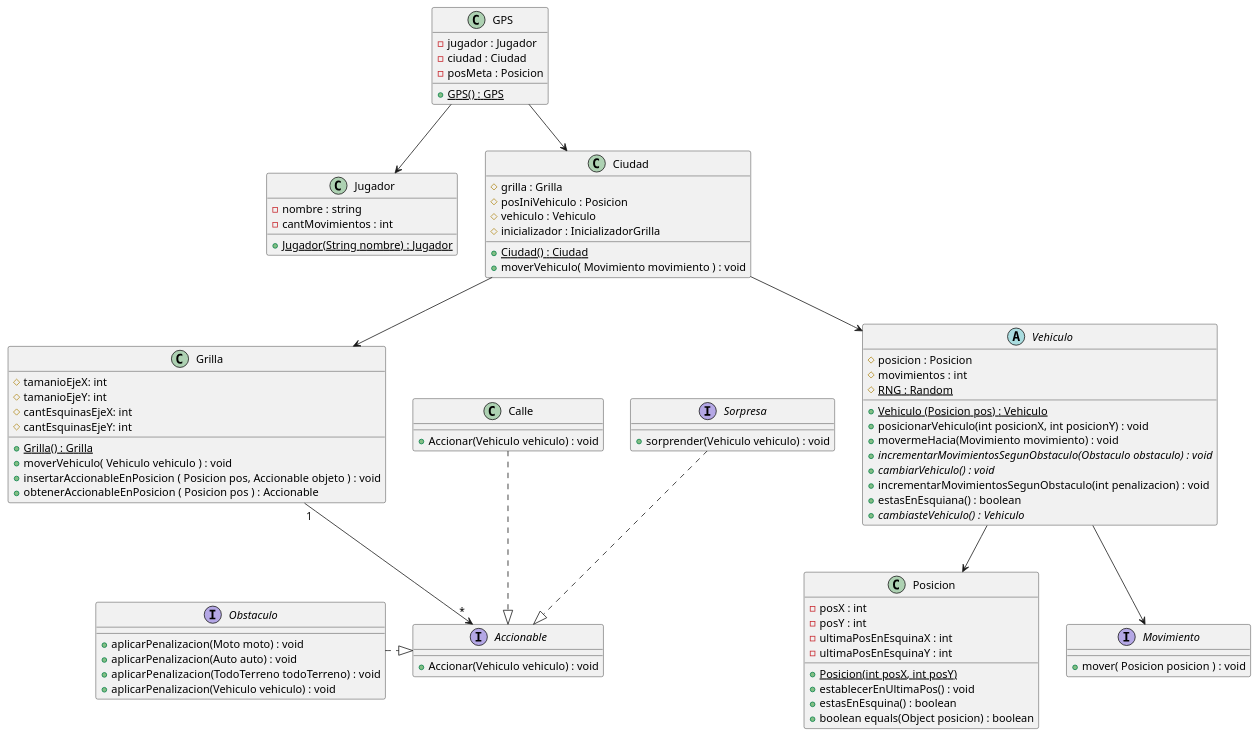
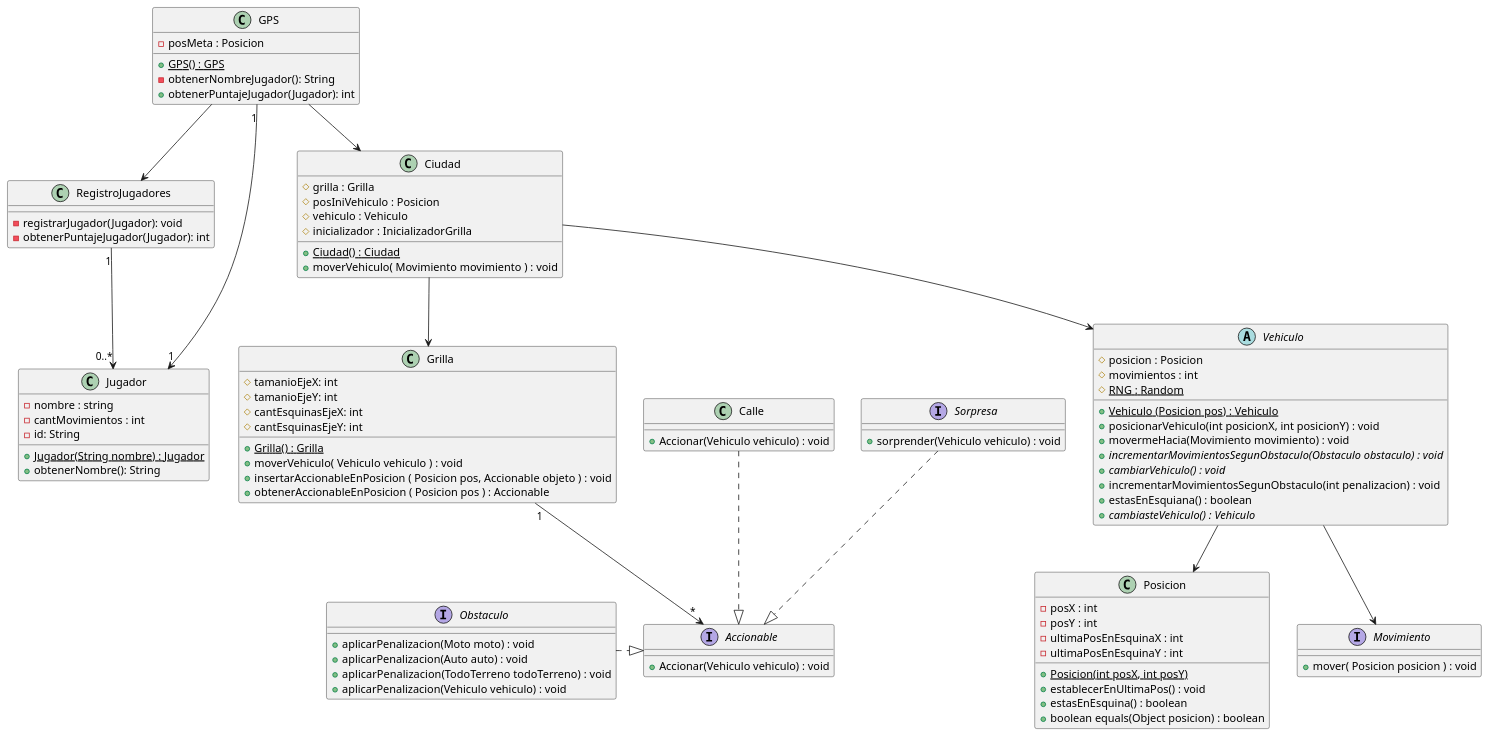
Before and after one commit to kikiymini/algo3_tp2: the diagram in Entrega3/DiagramaDeClases/DiagramaDeClases.puml, drawn with PlantUML. The commit also changed 11 other files, not shown here.

Commit message:
creacion Registro puntajes - modicion nombre unico (ver id)

```diff
--- a/Entrega3/DiagramaDeClases/DiagramaDeClases.puml
+++ b/Entrega3/DiagramaDeClases/DiagramaDeClases.puml
@@ -1,108 +1,118 @@
 @startuml
     'https://plantuml.com/class-diagram
 
     class Grilla{
         # tamanioEjeX: int
         # tamanioEjeY: int
         # cantEsquinasEjeX: int
         # cantEsquinasEjeY: int
 
         + {static} Grilla() : Grilla
         + moverVehiculo( Vehiculo vehiculo ) : void
         + insertarAccionableEnPosicion ( Posicion pos, Accionable objeto ) : void
         + obtenerAccionableEnPosicion ( Posicion pos ) : Accionable
     }
 
+    class RegistroJugadores{
+        - registrarJugador(Jugador): void
+        - obtenerPuntajeJugador(Jugador): int
+    }
+
     class GPS {
-        - jugador : Jugador
-        - ciudad : Ciudad
         - posMeta : Posicion
         + {static} GPS() : GPS
+        - obtenerNombreJugador(): String
+        + obtenerPuntajeJugador(Jugador): int
     }
 
     class Jugador{
         - nombre : string
         - cantMovimientos : int
+        - id: String
         + {static} Jugador(String nombre) : Jugador
+        + obtenerNombre(): String
+
     }
 
     abstract Vehiculo{
 
         # posicion : Posicion
         # movimientos : int
         # {static} RNG : Random
 
         + {static} Vehiculo (Posicion pos) : Vehiculo
         + posicionarVehiculo(int posicionX, int posicionY) : void
         + movermeHacia(Movimiento movimiento) : void
         + {abstract} incrementarMovimientosSegunObstaculo(Obstaculo obstaculo) : void
         + {abstract} cambiarVehiculo() : void
         + incrementarMovimientosSegunObstaculo(int penalizacion) : void
         + estasEnEsquiana() : boolean
         + {abstract} cambiasteVehiculo() : Vehiculo
     }
 
     interface Accionable{
         + Accionar(Vehiculo vehiculo) : void
     }
 
     class Calle{
         + Accionar(Vehiculo vehiculo) : void
     }
 
     class Ciudad{
         # grilla : Grilla
         # posIniVehiculo : Posicion
         # vehiculo : Vehiculo
         # inicializador : InicializadorGrilla
         + {static} Ciudad() : Ciudad
         + moverVehiculo( Movimiento movimiento ) : void
     }
 
     class Posicion{
         - posX : int
         - posY : int
         - ultimaPosEnEsquinaX : int
         - ultimaPosEnEsquinaY : int
 
         + {static} Posicion(int posX, int posY)
         + establecerEnUltimaPos() : void
         + estasEnEsquina() : boolean
         + boolean equals(Object posicion) : boolean
     }
 
     interface Sorpresa{
         + sorprender(Vehiculo vehiculo) : void
     }
 
 
     interface Obstaculo{
         + aplicarPenalizacion(Moto moto) : void
         + aplicarPenalizacion(Auto auto) : void
         + aplicarPenalizacion(TodoTerreno todoTerreno) : void
         + aplicarPenalizacion(Vehiculo vehiculo) : void
     }
 
 
-    GPS --> Jugador
+    GPS "1" --> "1" Jugador
     GPS --> Ciudad
+    GPS --> RegistroJugadores
+    RegistroJugadores "1" --> "0..*" Jugador
     Vehiculo --> Posicion
 
     Grilla "1" --> "*" Accionable
     Ciudad --> Vehiculo
     Ciudad --> Grilla
 
 
     Sorpresa ..|> Accionable
     Obstaculo .|> Accionable
 
     Calle ..|> Accionable
 
     interface Movimiento{
         +mover( Posicion posicion ) : void
     }
 
 
     Vehiculo --> Movimiento
 
 @enduml
```
